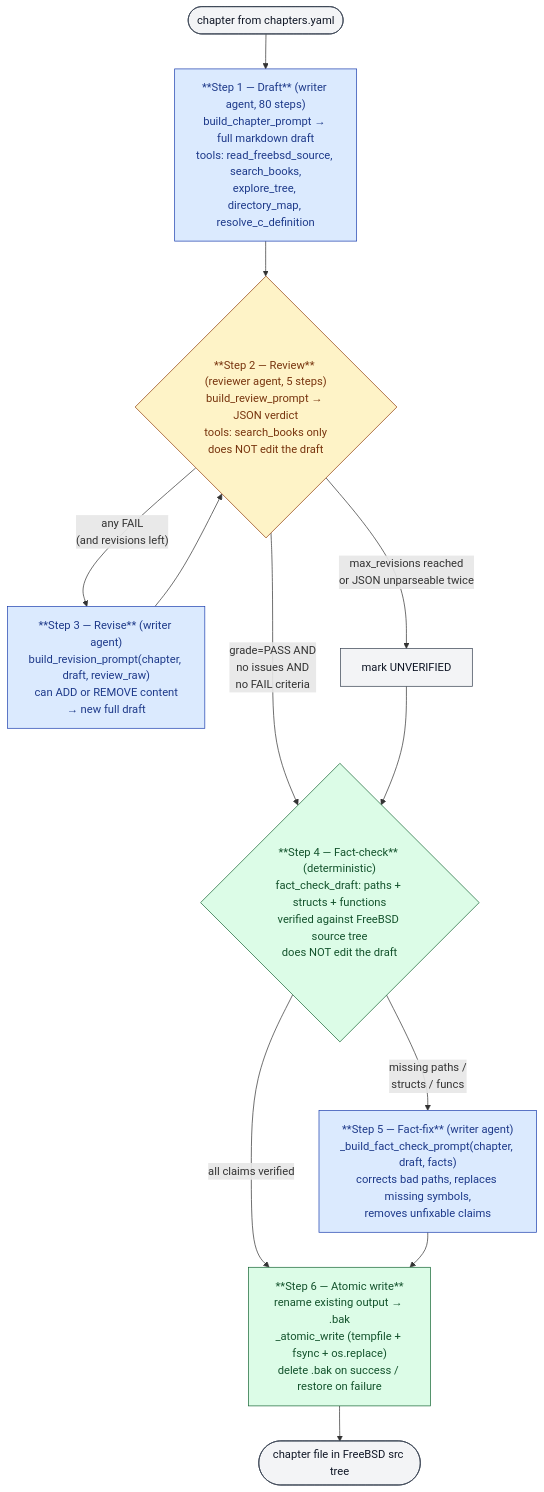
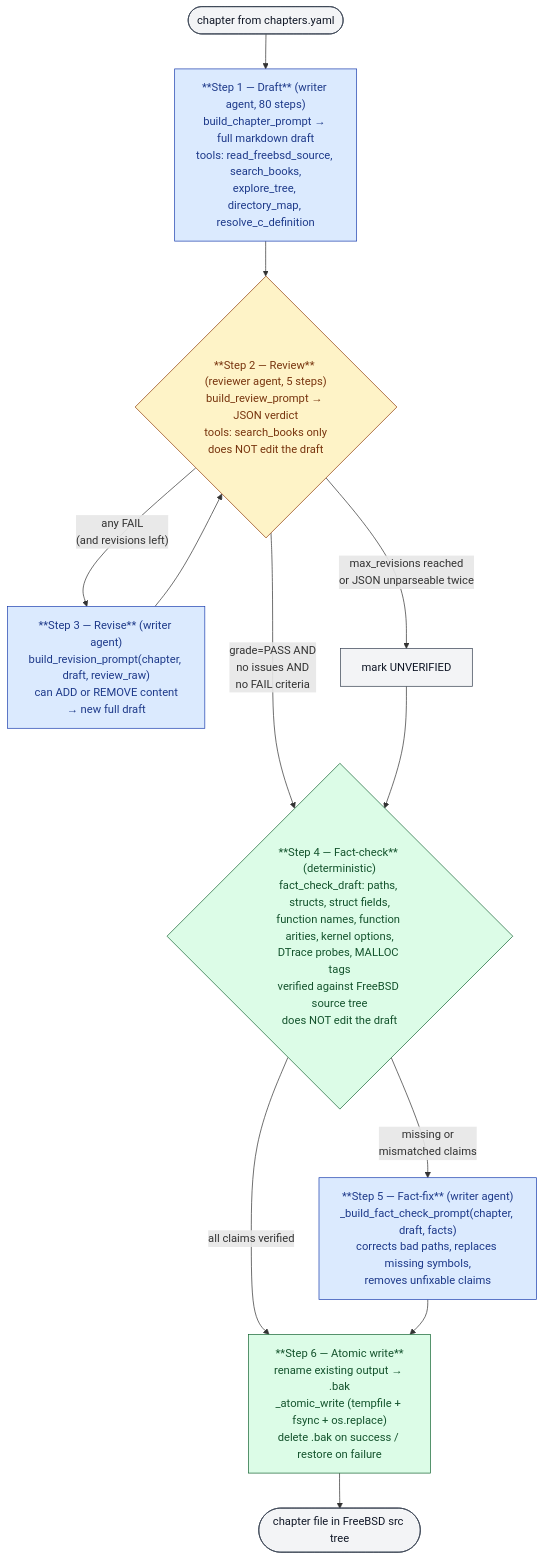
Before and after one commit to ocochard/DaemonDocs: the diagram in README.md, drawn with Mermaid. The commit also changed other lines of this file and 2 other files, not shown here.

Commit message:
continue to fight against hallucination

````diff
--- a/README.md
+++ b/README.md
@@ -172,35 +172,35 @@
 ```mermaid
 flowchart TD
     Start([chapter from chapters.yaml]) --> Draft
 
     Draft["**Step 1 — Draft** (writer agent, 80 steps)<br/>build_chapter_prompt → full markdown draft<br/>tools: read_freebsd_source, search_books,<br/>explore_tree, directory_map, resolve_c_definition"]
     Draft --> Review
 
     Review{"**Step 2 — Review** (reviewer agent, 5 steps)<br/>build_review_prompt → JSON verdict<br/>tools: search_books only<br/>does NOT edit the draft"}
     Review -- "grade=PASS AND<br/>no issues AND<br/>no FAIL criteria" --> FactCheck
     Review -- "any FAIL<br/>(and revisions left)" --> Revise
     Review -- "max_revisions reached<br/>or JSON unparseable twice" --> Unapproved[mark UNVERIFIED]
     Unapproved --> FactCheck
 
     Revise["**Step 3 — Revise** (writer agent)<br/>build_revision_prompt(chapter, draft, review_raw)<br/>can ADD or REMOVE content<br/>→ new full draft"]
     Revise --> Review
 
-    FactCheck{"**Step 4 — Fact-check** (deterministic)<br/>fact_check_draft: paths + structs + functions<br/>verified against FreeBSD source tree<br/>does NOT edit the draft"}
+    FactCheck{"**Step 4 — Fact-check** (deterministic)<br/>fact_check_draft: paths, structs, struct fields,<br/>function names, function arities, kernel options,<br/>DTrace probes, MALLOC tags<br/>verified against FreeBSD source tree<br/>does NOT edit the draft"}
     FactCheck -- "all claims verified" --> Write
-    FactCheck -- "missing paths /<br/>structs / funcs" --> FactFix
+    FactCheck -- "missing or<br/>mismatched claims" --> FactFix
 
     FactFix["**Step 5 — Fact-fix** (writer agent)<br/>_build_fact_check_prompt(chapter, draft, facts)<br/>corrects bad paths, replaces missing symbols,<br/>removes unfixable claims"]
     FactFix --> Write
 
     Write["**Step 6 — Atomic write**<br/>rename existing output → .bak<br/>_atomic_write (tempfile + fsync + os.replace)<br/>delete .bak on success / restore on failure"]
     Write --> End([chapter file in FreeBSD src tree])
 
     classDef writer fill:#dbeafe,stroke:#1e40af,color:#1e3a8a;
     classDef reviewer fill:#fef3c7,stroke:#92400e,color:#78350f;
     classDef deterministic fill:#dcfce7,stroke:#166534,color:#14532d;
     classDef io fill:#f3f4f6,stroke:#374151,color:#111827;
     class Draft,Revise,FactFix writer;
     class Review reviewer;
     class FactCheck,Write deterministic;
     class Start,End,Unapproved io;
 ```
````
